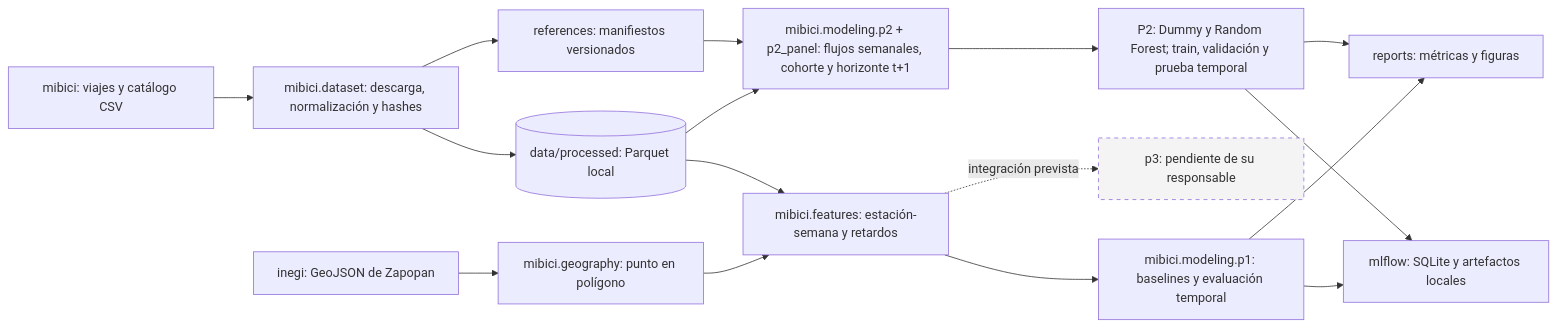
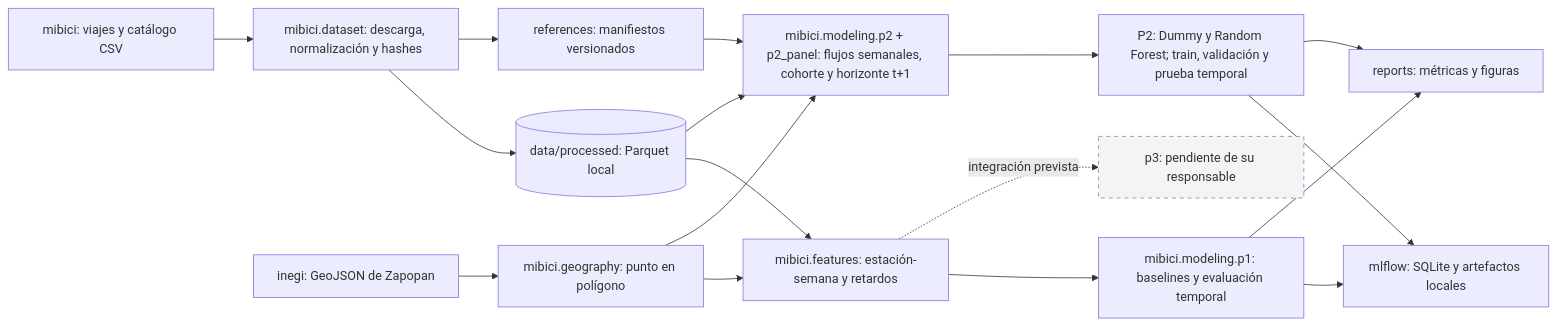
Before and after one commit to salinasromerodaniel/TC5061-Proyecto-Equipo13: the diagram in references/arquitectura.mmd, drawn with Mermaid. The commit also changed 4 other files, not shown here.

```diff
--- a/references/arquitectura.mmd
+++ b/references/arquitectura.mmd
@@ -1,18 +1,19 @@
 flowchart LR
   csv["mibici: viajes y catálogo CSV"] --> ingest["mibici.dataset: descarga, normalización y hashes"]
   ingest --> data[("data/processed: Parquet local")]
   ingest --> manifest["references: manifiestos versionados"]
   inegi["inegi: GeoJSON de Zapopan"] --> geo["mibici.geography: punto en polígono"]
   data --> features["mibici.features: estación-semana y retardos"]
   geo --> features
   features --> p1["mibici.modeling.p1: baselines y evaluación temporal"]
   p1 --> tracking["mlflow: SQLite y artefactos locales"]
   p1 --> reports["reports: métricas y figuras"]
   data --> p2panel["mibici.modeling.p2 + p2_panel: flujos semanales, cohorte y horizonte t+1"]
   manifest --> p2panel
+  geo --> p2panel
   p2panel --> p2["P2: Dummy y Random Forest; train, validación y prueba temporal"]
   p2 --> tracking
   p2 --> reports
   features -. "integración prevista" .-> others["p3: pendiente de su responsable"]
   classDef pending stroke-dasharray:5 5,fill:#f4f4f4;
   class others pending;
```
